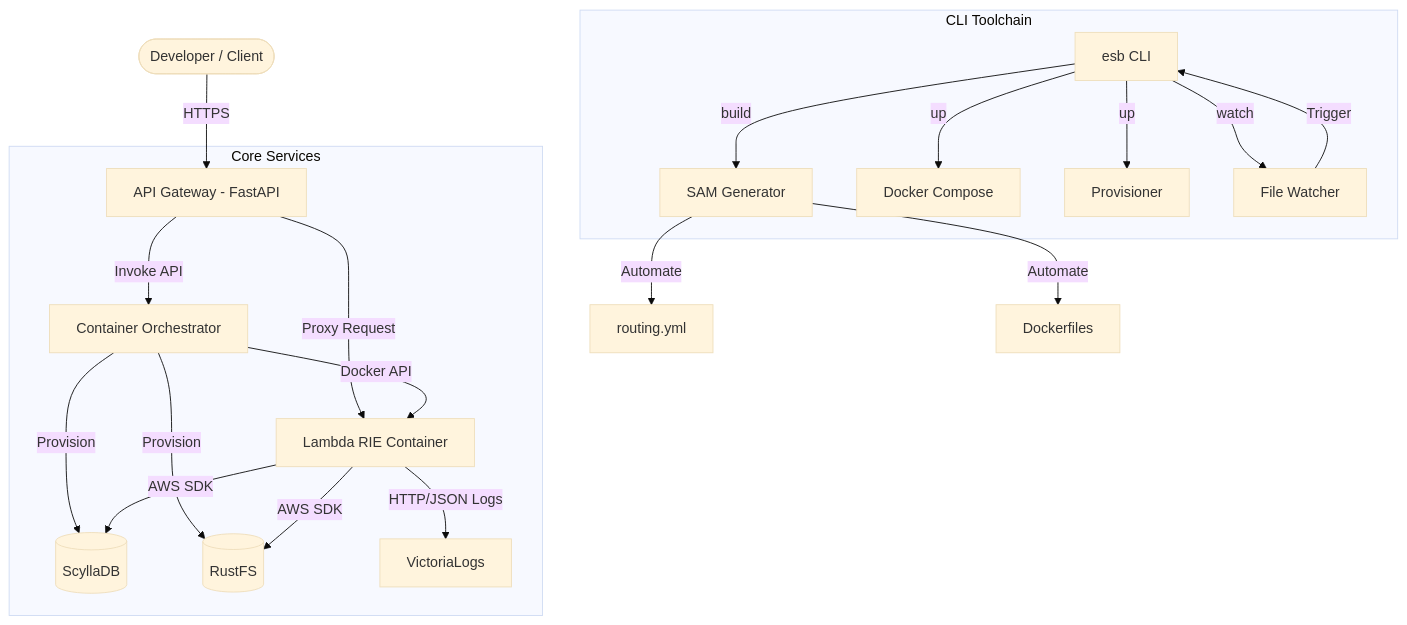
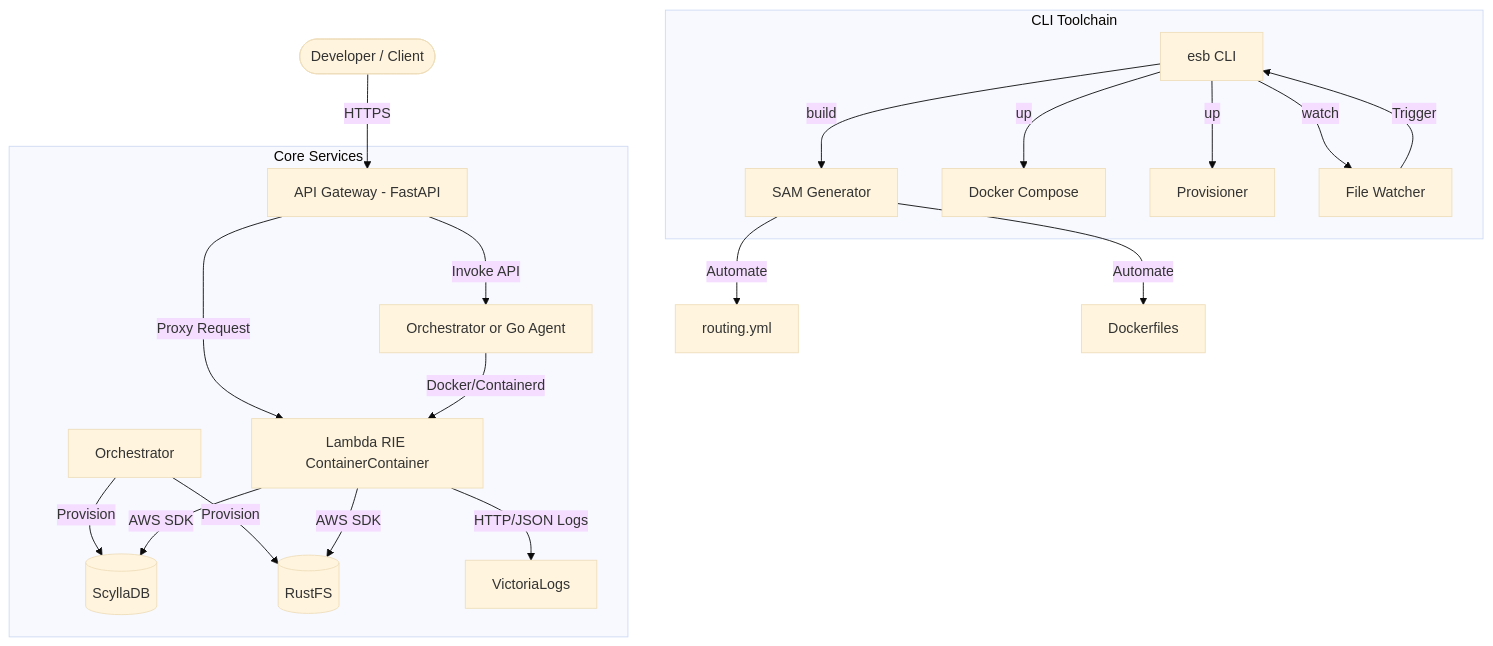
Before and after one commit to poruru-code/esb: the diagram in README.md, drawn with Mermaid (base theme). The commit also changed other lines of this file and 16 other files, not shown here.

````diff
--- a/README.md
+++ b/README.md
@@ -26,28 +26,28 @@
 ```mermaid
 flowchart TD
     User([Developer / Client]) -->|HTTPS| Gateway["API Gateway - FastAPI"]
     
     subgraph Core ["Core Services"]
-        Gateway -->|Invoke API| Orchestrator["Container Orchestrator"]
-        Gateway -->|Proxy Request| LambdaRIE["Lambda RIE Container"]
+        Gateway -->|Invoke API| CoreBackends["Orchestrator or Go Agent"]
+        Gateway -->|Proxy Request| LambdaRIE["Lambda RIE ContainerContainer"]
         
-        Orchestrator -->|Docker API| LambdaRIE
+        CoreBackends -->|Docker/Containerd| LambdaRIE
         Orchestrator -->|Provision| ScyllaDB[(ScyllaDB)]
         Orchestrator -->|Provision| RustFS[(RustFS)]
         
         LambdaRIE -->|AWS SDK| ScyllaDB
         LambdaRIE -->|AWS SDK| RustFS
         LambdaRIE -->|HTTP/JSON Logs| VictoriaLogs["VictoriaLogs"]
     end
     
     subgraph Toolchain ["CLI Toolchain"]
         esb[esb CLI] -->|build| Generator[SAM Generator]
         esb -->|up| DockerCompose[Docker Compose]
         esb -->|up| Provisioner[Provisioner]
         esb -->|watch| Watcher[File Watcher]
     end
     
     Generator -->|Automate| Routing[routing.yml]
     Generator -->|Automate| Dockerfiles[Dockerfiles]
     Watcher -->|Trigger| esb
 ```
````
